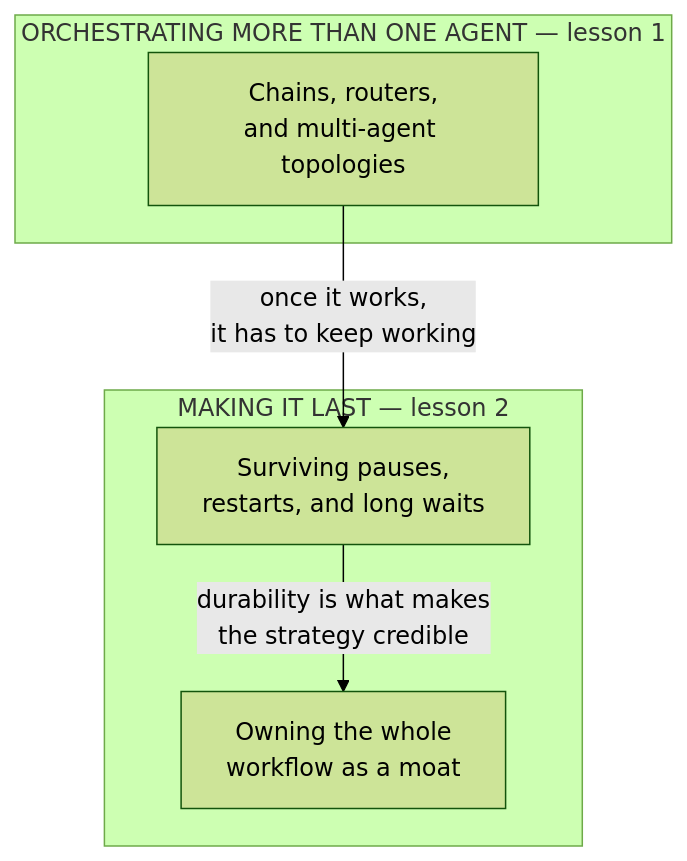
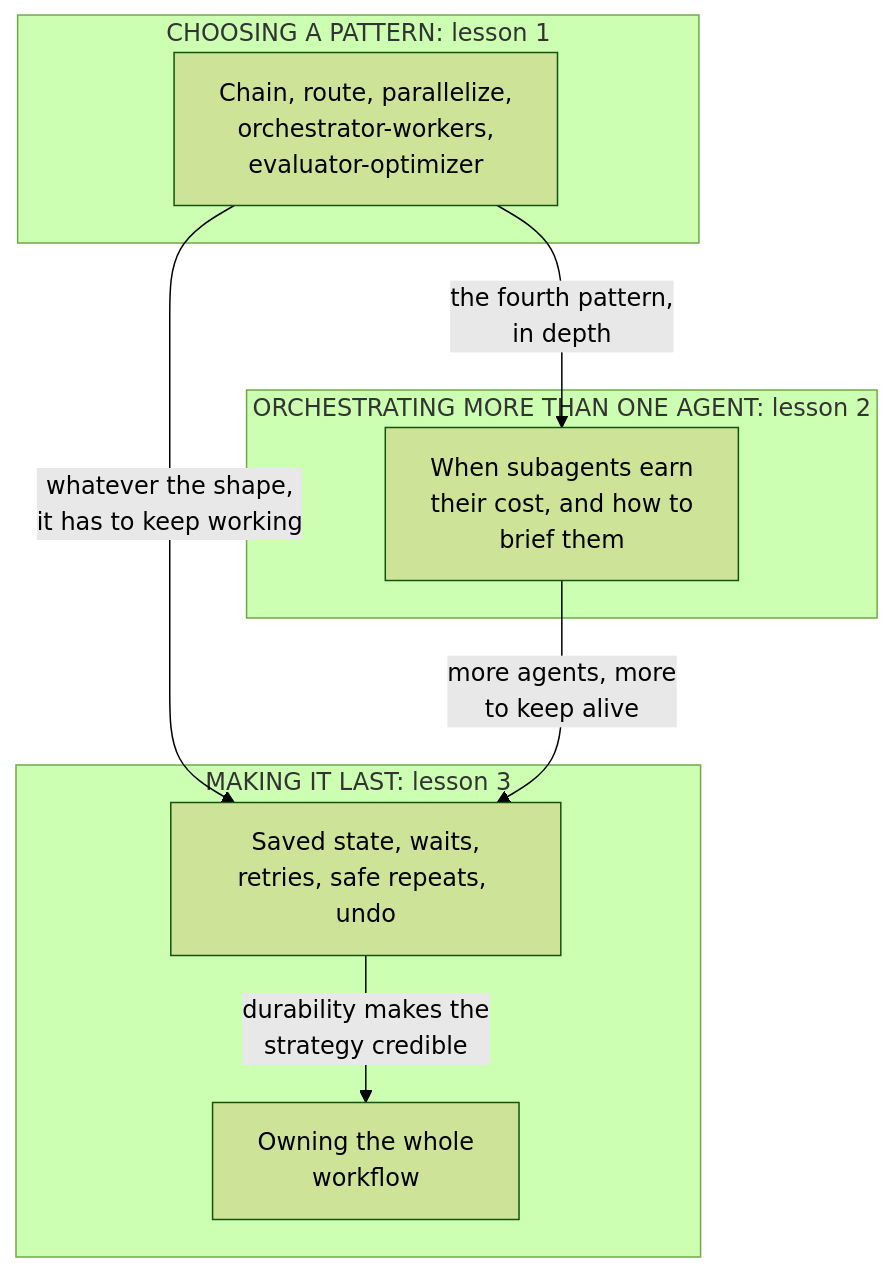
Before and after one commit to aakashagg123/gatsby: the diagram in agentic-workflows/README.md, drawn with Mermaid (forest theme). The commit also changed other lines of this file and 17 other files, not shown here.

First line of the commit message:
agentic-workflows: framework pass, new pattern-chooser lesson

````diff
--- a/agentic-workflows/README.md
+++ b/agentic-workflows/README.md
@@ -32,12 +38,17 @@
 ```mermaid
 flowchart TB
-  subgraph ORCH["ORCHESTRATING MORE THAN ONE AGENT — lesson 1"]
-    TOPO["Chains, routers,<br/>and multi-agent topologies"]
+  subgraph PATTERN["CHOOSING A PATTERN: lesson 1"]
+    FIVE["Chain, route, parallelize,<br/>orchestrator-workers,<br/>evaluator-optimizer"]
   end
-  subgraph DURABLE["MAKING IT LAST — lesson 2"]
-    SURVIVE["Surviving pauses,<br/>restarts, and long waits"]
-    OWN["Owning the whole<br/>workflow as a moat"]
+  subgraph ORCH["ORCHESTRATING MORE THAN ONE AGENT: lesson 2"]
+    TOPO["When subagents earn<br/>their cost, and how to<br/>brief them"]
   end
-  TOPO -->|"once it works,<br/>it has to keep working"| SURVIVE
-  SURVIVE -->|"durability is what makes<br/>the strategy credible"| OWN
+  subgraph DURABLE["MAKING IT LAST: lesson 3"]
+    SURVIVE["Saved state, waits,<br/>retries, safe repeats, undo"]
+    OWN["Owning the whole<br/>workflow"]
+  end
+  FIVE -->|"the fourth pattern,<br/>in depth"| TOPO
+  FIVE -->|"whatever the shape,<br/>it has to keep working"| SURVIVE
+  TOPO -->|"more agents, more<br/>to keep alive"| SURVIVE
+  SURVIVE -->|"durability makes the<br/>strategy credible"| OWN
 ```
````
